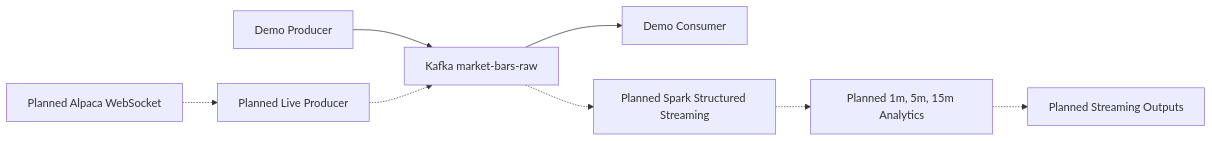
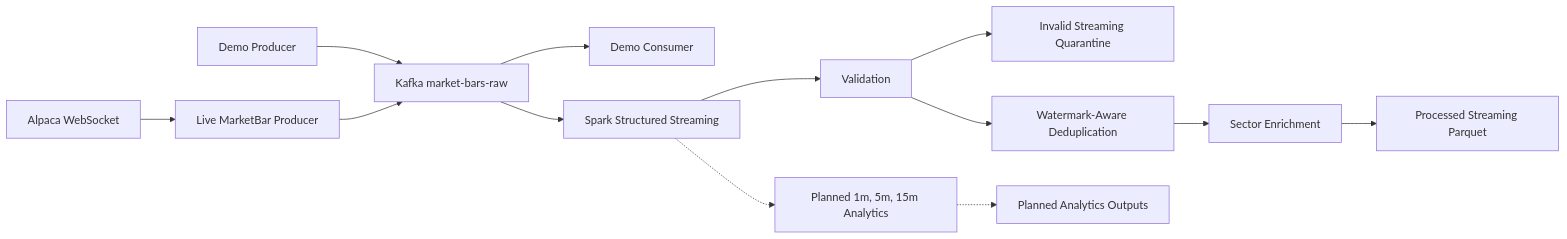
One commit to 1211882/LABGDD changed the third of 4 diagrams in README.md. Above: the diagram before and after it, drawn with Mermaid. The commit also changed other lines of this file and 172 other files, not shown here.

````diff
--- a/README.md
+++ b/README.md
@@ -66,10 +69,15 @@
 ```mermaid
 flowchart LR
     DEMO[Demo Producer] --> K[Kafka market-bars-raw]
     K --> CONS[Demo Consumer]
-    WS[Planned Alpaca WebSocket] -.-> LIVE[Planned Live Producer]
-    LIVE -.-> K
-    K -.-> SS[Planned Spark Structured Streaming]
+    WS[Alpaca WebSocket] --> LIVE[Live MarketBar Producer]
+    LIVE --> K
+    K --> SS[Spark Structured Streaming]
+    SS --> CHECK[Validation]
+    CHECK --> QUAR[Invalid Streaming Quarantine]
+    CHECK --> DEDUP[Watermark-Aware Deduplication]
+    DEDUP --> ENRICH[Sector Enrichment]
+    ENRICH --> STREAMOUT[Processed Streaming Parquet]
     SS -.-> WINDOWS[Planned 1m, 5m, 15m Analytics]
-    WINDOWS -.-> STREAMOUT[Planned Streaming Outputs]
+    WINDOWS -.-> ANALYTICS[Planned Analytics Outputs]
 ```
````
